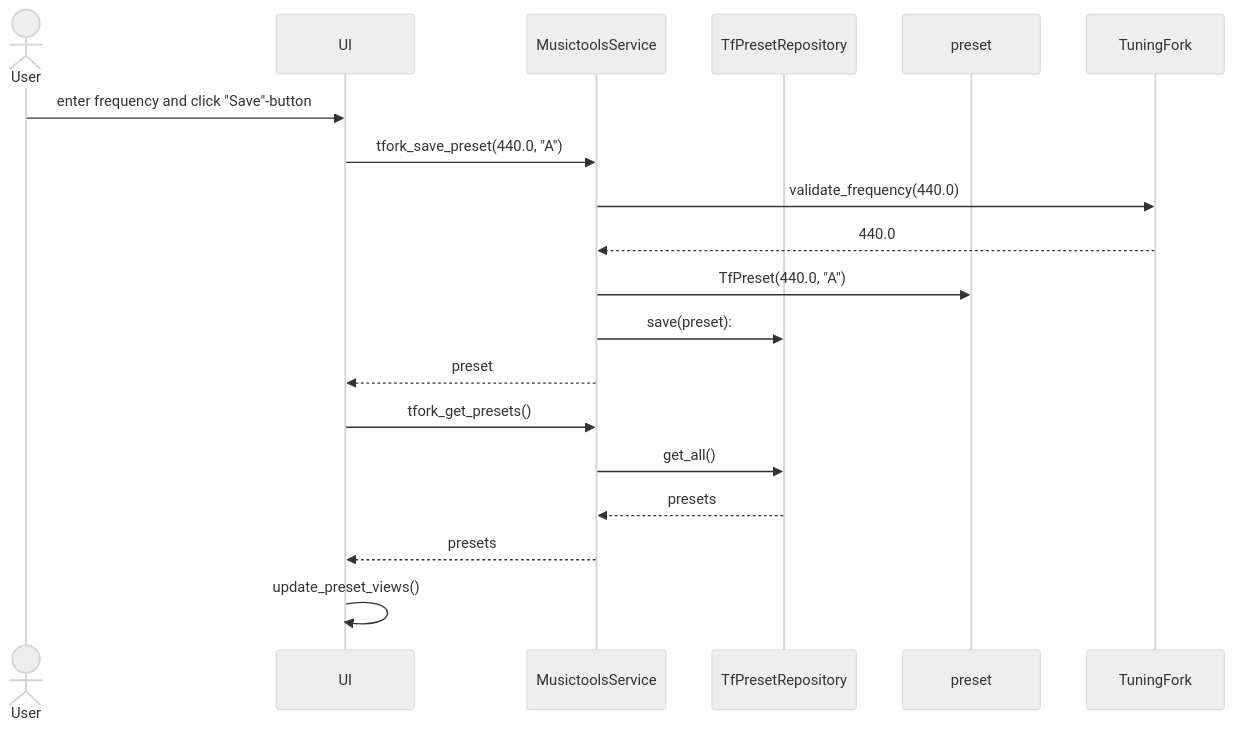
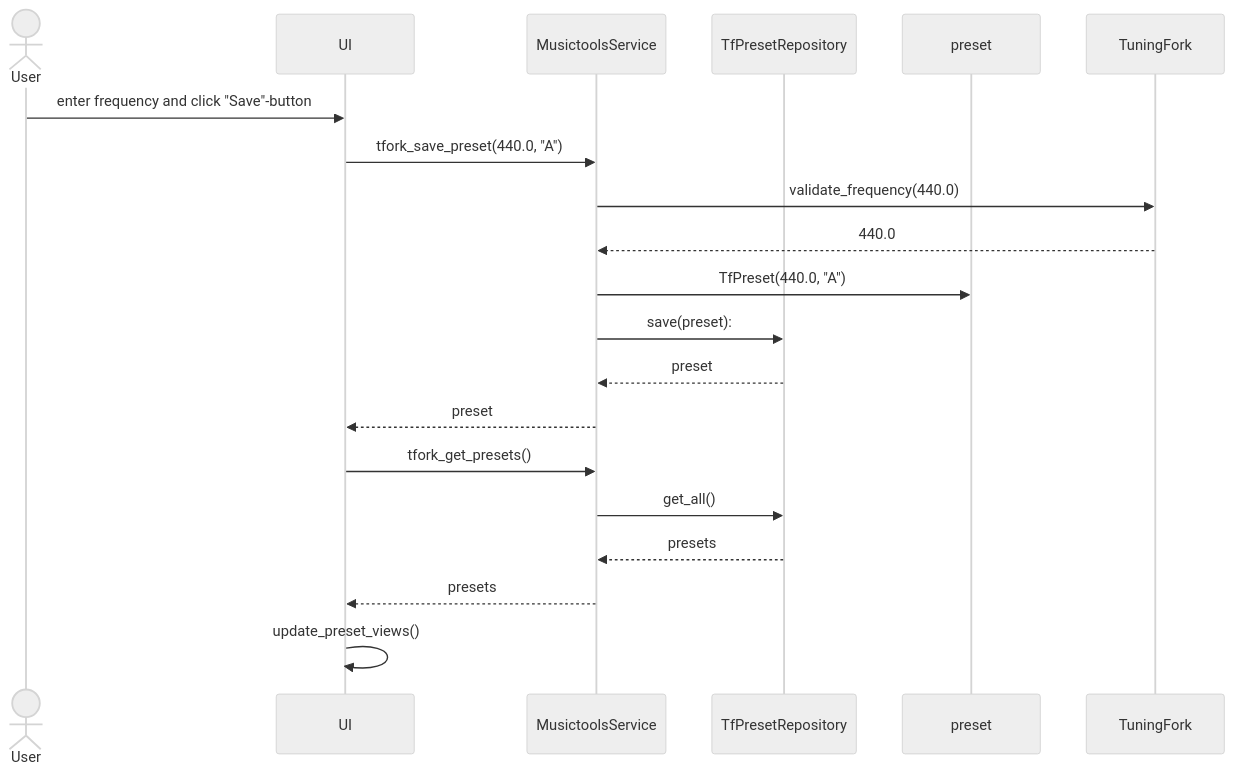
Before and after one commit to piamanns/ot-harjoitustyo: the third of 3 diagrams in musictools/dokumentaatio/arkkitehtuuri.md, drawn with Mermaid (neutral theme). The commit also changed other lines of this file, not shown here.

````diff
--- a/musictools/dokumentaatio/arkkitehtuuri.md
+++ b/musictools/dokumentaatio/arkkitehtuuri.md
@@ -48,21 +65,22 @@
 ```mermaid
 sequenceDiagram
     actor User
     participant UI
     participant MusictoolsService
     participant TfPresetRepository
     participant preset
     participant TuningFork
     User->>UI: enter frequency and click "Save"-button
     UI->>MusictoolsService: tfork_save_preset(440.0, "A")
     MusictoolsService->>TuningFork: validate_frequency(440.0)
     TuningFork-->>MusictoolsService: 440.0
     MusictoolsService->>preset: TfPreset(440.0, "A")
     MusictoolsService->>TfPresetRepository: save(preset):
+    TfPresetRepository-->>MusictoolsService: preset
     MusictoolsService -->>UI: preset
     UI->>MusictoolsService: tfork_get_presets()
     MusictoolsService->>TfPresetRepository: get_all()
     TfPresetRepository-->>MusictoolsService: presets
     MusictoolsService-->>UI: presets
     UI->>UI: update_preset_views()
 ```
````
